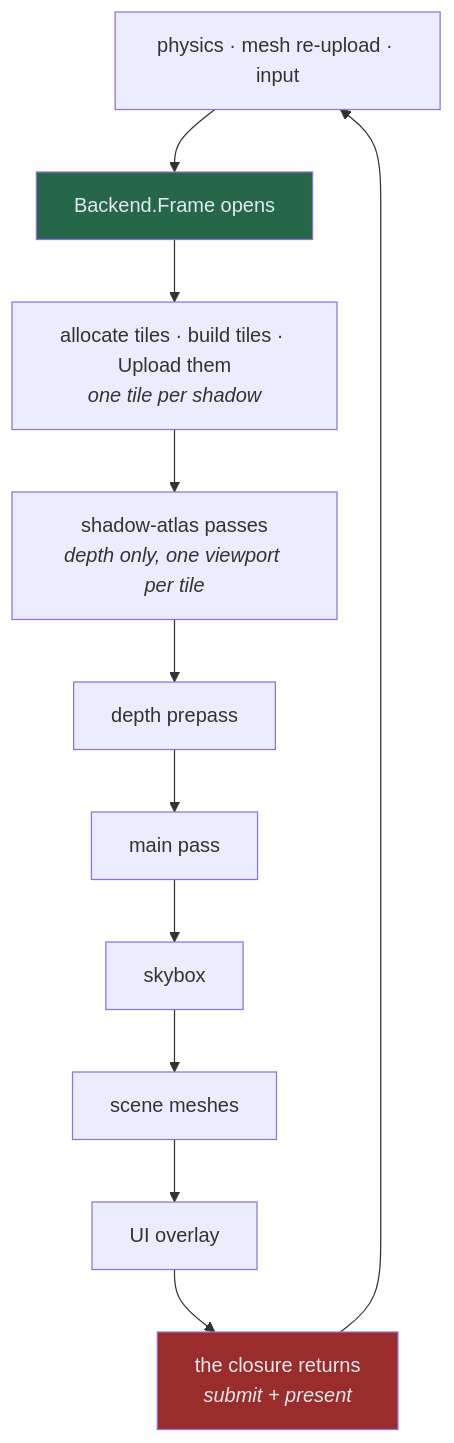
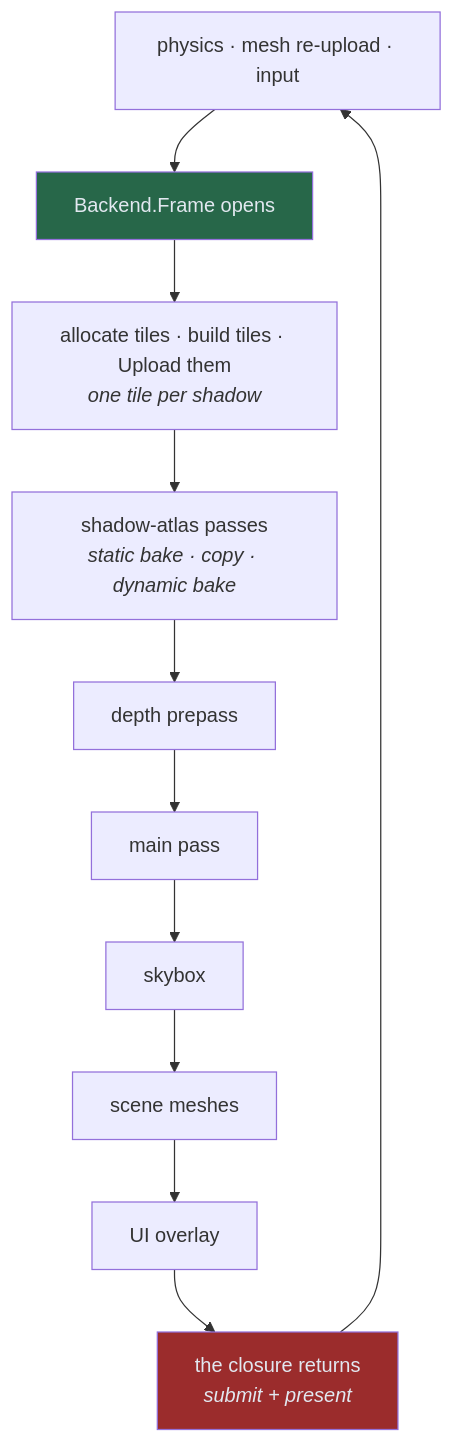
The fourth of 4 diagrams in notes/OVERVIEW.md (Zephyr75/overdrive), drawn with Mermaid before and after one commit. The commit also changed other lines of this file and 16 other files, not shown here.

````diff
--- a/notes/OVERVIEW.md
+++ b/notes/OVERVIEW.md
@@ -97,14 +125,14 @@
 ```mermaid
 graph TD
     P["physics · mesh re-upload · input"] --> BF["Backend.Frame opens"]
     BF --> AL["allocate tiles · build tiles · Upload them<br/><i>one tile per shadow</i>"]
-    AL --> S1["shadow-atlas passes<br/><i>depth only, one viewport per tile</i>"]
+    AL --> S1["shadow-atlas passes<br/><i>static bake · copy · dynamic bake</i>"]
     S1 --> DP["depth prepass"]
     DP --> MP["main pass"]
     MP --> SK["skybox"] --> SC["scene meshes"] --> UI["UI overlay"]
     UI --> EF["the closure returns<br/><i>submit + present</i>"]
     EF --> P
 
     style BF fill:#276749,color:#e2e8f0
     style EF fill:#9b2c2c,color:#e2e8f0
 ```
````
